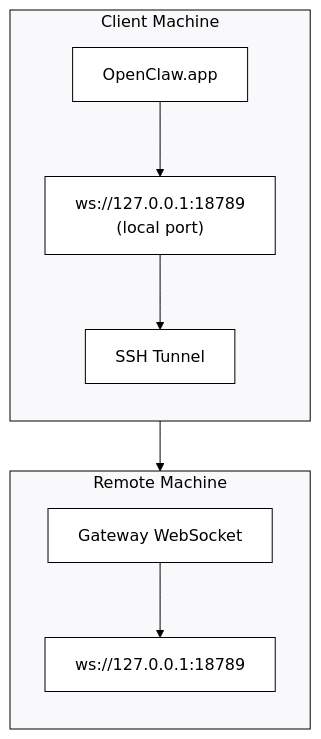
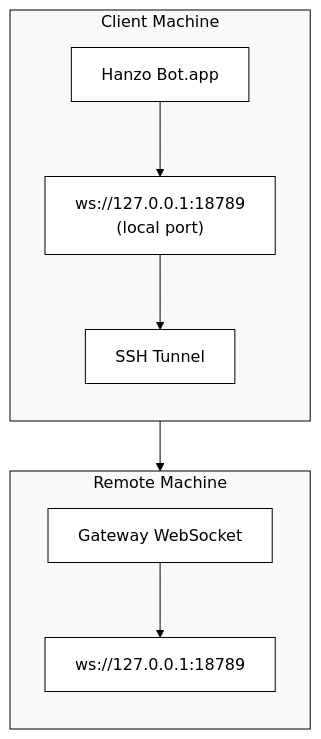
Before and after one commit to hanzoai/bot: the diagram in docs/gateway/remote-gateway-readme.md, drawn with Mermaid. The commit also changed other lines of this file and 3134 other files, not shown here.

First line of the commit message:
Rebrand OpenClaw → Hanzo Bot across entire codebase

````diff
--- a/docs/gateway/remote-gateway-readme.md
+++ b/docs/gateway/remote-gateway-readme.md
@@ -13,36 +13,36 @@
 ```mermaid
 %%{init: {
   'theme': 'base',
   'themeVariables': {
     'primaryColor': '#ffffff',
     'primaryTextColor': '#000000',
     'primaryBorderColor': '#000000',
     'lineColor': '#000000',
     'secondaryColor': '#f9f9fb',
     'tertiaryColor': '#ffffff',
     'clusterBkg': '#f9f9fb',
     'clusterBorder': '#000000',
     'nodeBorder': '#000000',
     'mainBkg': '#ffffff',
     'edgeLabelBackground': '#ffffff'
   }
 }}%%
 flowchart TB
     subgraph Client["Client Machine"]
         direction TB
-        A["OpenClaw.app"]
+        A["Hanzo Bot.app"]
         B["ws://127.0.0.1:18789\n(local port)"]
         T["SSH Tunnel"]
 
         A --> B
         B --> T
     end
     subgraph Remote["Remote Machine"]
         direction TB
         C["Gateway WebSocket"]
         D["ws://127.0.0.1:18789"]
 
         C --> D
     end
     T --> C
 ```
````
